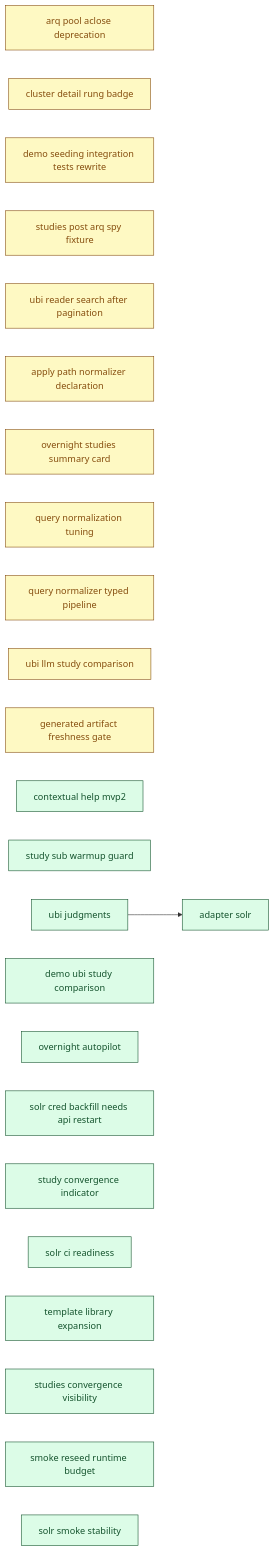
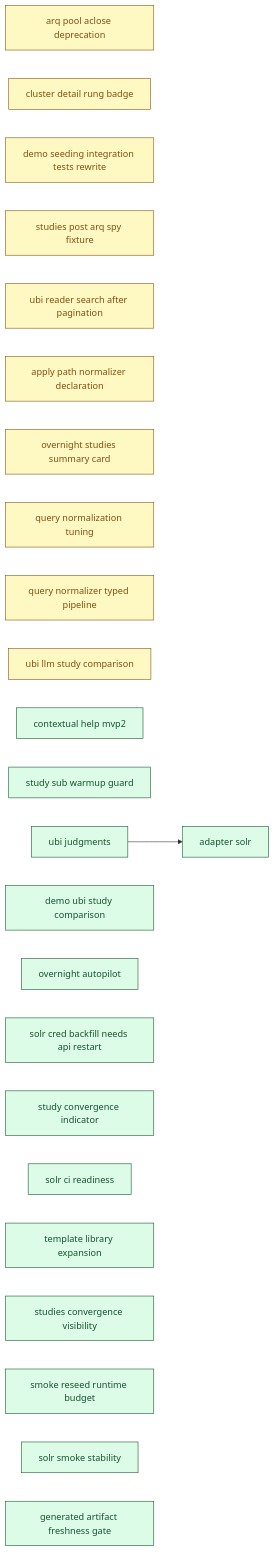
The diagram in docs/00_overview/MVP2_DASHBOARD.md (SoundMindsAI/relyloop), drawn with Mermaid before and after one commit. The commit also changed other lines of this file and 9 other files, not shown here.

First line of the commit message:
docs: finalize infra_generated_artifact_freshness_gate (PR #433 merged) (#435)

````diff
--- a/docs/00_overview/MVP2_DASHBOARD.md
+++ b/docs/00_overview/MVP2_DASHBOARD.md
@@ -108,57 +107,57 @@
 ```mermaid
 graph LR
   classDef done fill:#dcfce7,stroke:#14532d,color:#14532d;
   classDef implement fill:#ffedd5,stroke:#9a3412,color:#9a3412;
   classDef plan fill:#fef9c3,stroke:#854d0e,color:#854d0e;
   classDef spec fill:#dbeafe,stroke:#1e40af,color:#1e40af;
   classDef idea fill:#f1f5f9,stroke:#334155,color:#334155;
   chore_arq_pool_aclose_deprecation["arq pool aclose deprecation"]
   class chore_arq_pool_aclose_deprecation plan;
   chore_cluster_detail_rung_badge["cluster detail rung badge"]
   class chore_cluster_detail_rung_badge plan;
   chore_demo_seeding_integration_tests_rewrite["demo seeding integration tests rewrite"]
   class chore_demo_seeding_integration_tests_rewrite plan;
   chore_studies_post_arq_spy_fixture["studies post arq spy fixture"]
   class chore_studies_post_arq_spy_fixture plan;
   chore_ubi_reader_search_after_pagination["ubi reader search after pagination"]
   class chore_ubi_reader_search_after_pagination plan;
   feat_apply_path_normalizer_declaration["apply path normalizer declaration"]
   class feat_apply_path_normalizer_declaration plan;
   feat_overnight_studies_summary_card["overnight studies summary card"]
   class feat_overnight_studies_summary_card plan;
   feat_query_normalization_tuning["query normalization tuning"]
   class feat_query_normalization_tuning plan;
   feat_query_normalizer_typed_pipeline["query normalizer typed pipeline"]
   class feat_query_normalizer_typed_pipeline plan;
   feat_ubi_llm_study_comparison["ubi llm study comparison"]
   class feat_ubi_llm_study_comparison plan;
-  infra_generated_artifact_freshness_gate["generated artifact freshness gate"]
-  class infra_generated_artifact_freshness_gate plan;
   feat_contextual_help_mvp2["contextual help mvp2"]
   class feat_contextual_help_mvp2 done;
   feat_study_sub_warmup_guard["study sub warmup guard"]
   class feat_study_sub_warmup_guard done;
   feat_ubi_judgments["ubi judgments"]
   class feat_ubi_judgments done;
   feat_demo_ubi_study_comparison["demo ubi study comparison"]
   class feat_demo_ubi_study_comparison done;
   feat_overnight_autopilot["overnight autopilot"]
   class feat_overnight_autopilot done;
   infra_adapter_solr["adapter solr"]
   class infra_adapter_solr done;
   chore_solr_cred_backfill_needs_api_restart["solr cred backfill needs api restart"]
   class chore_solr_cred_backfill_needs_api_restart done;
   feat_study_convergence_indicator["study convergence indicator"]
   class feat_study_convergence_indicator done;
   infra_solr_ci_readiness["solr ci readiness"]
   class infra_solr_ci_readiness done;
   chore_template_library_expansion["template library expansion"]
   class chore_template_library_expansion done;
   feat_studies_convergence_visibility["studies convergence visibility"]
   class feat_studies_convergence_visibility done;
   infra_smoke_reseed_runtime_budget["smoke reseed runtime budget"]
   class infra_smoke_reseed_runtime_budget done;
   infra_solr_smoke_stability["solr smoke stability"]
   class infra_solr_smoke_stability done;
+  infra_generated_artifact_freshness_gate["generated artifact freshness gate"]
+  class infra_generated_artifact_freshness_gate done;
   feat_ubi_judgments --> infra_adapter_solr
 ```
````
